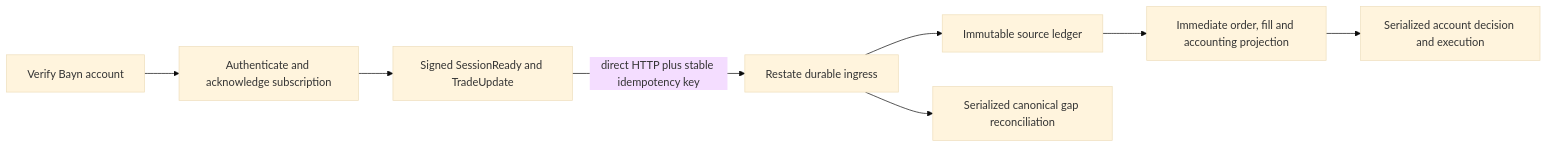
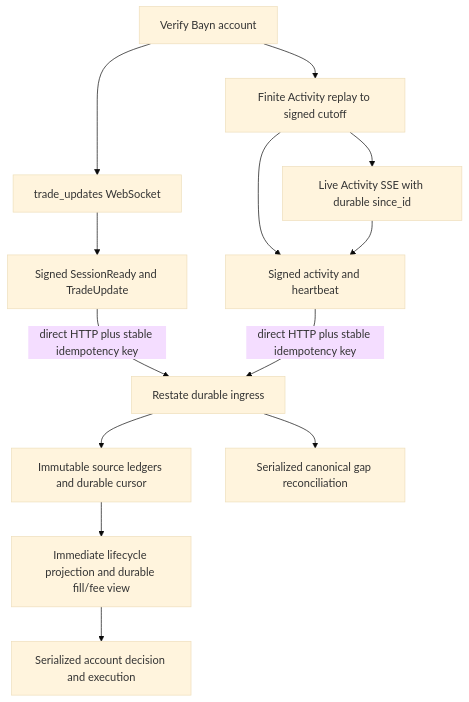
Before and after one commit to proompteng/lab: the diagram in services/dorvud/README.md, drawn with Mermaid (base theme). The commit also changed other lines of this file and 40 other files, not shown here.

````diff
--- a/services/dorvud/README.md
+++ b/services/dorvud/README.md
@@ -26,10 +30,15 @@
 ```mermaid
-flowchart LR
-  A[Verify Bayn account] --> B[Authenticate and acknowledge subscription]
-  B --> C[Signed SessionReady and TradeUpdate]
+flowchart TB
+  A[Verify Bayn account] --> W[trade_updates WebSocket]
+  A --> H[Finite Activity replay to signed cutoff]
+  H --> E[Live Activity SSE with durable since_id]
+  W --> C[Signed SessionReady and TradeUpdate]
+  H --> F[Signed activity and catch-up boundary]
+  E --> F[Signed activity and heartbeat]
   C -->|direct HTTP plus stable idempotency key| R[Restate durable ingress]
-  R --> S[Immutable source ledger]
-  S --> O[Immediate order, fill and accounting projection]
+  F -->|direct HTTP plus stable idempotency key| R
+  R --> S[Immutable source ledgers and durable cursor]
+  S --> O[Immediate lifecycle projection and durable fill/fee view]
   R --> G[Serialized canonical gap reconciliation]
   O --> D[Serialized account decision and execution]
 ```
````
